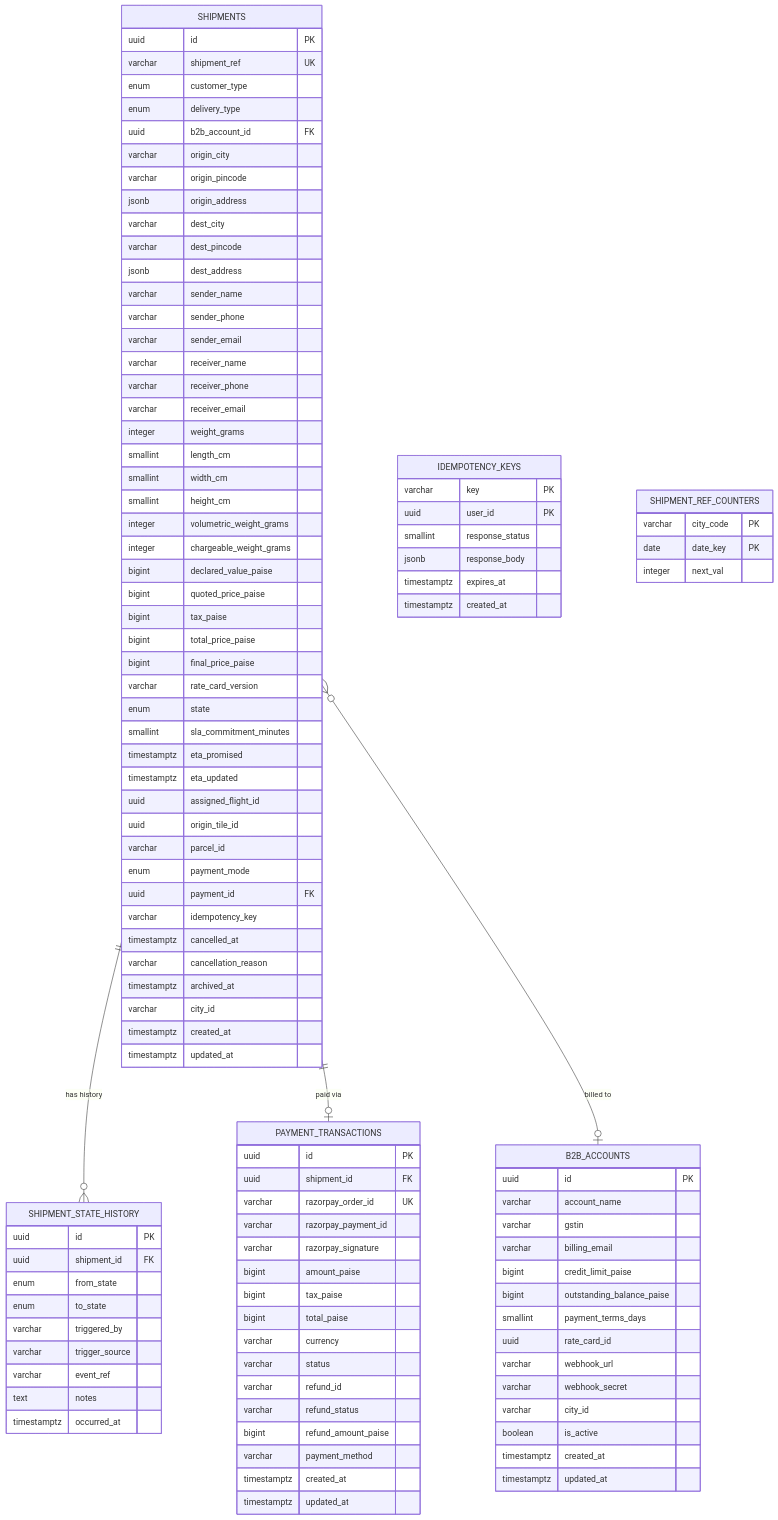
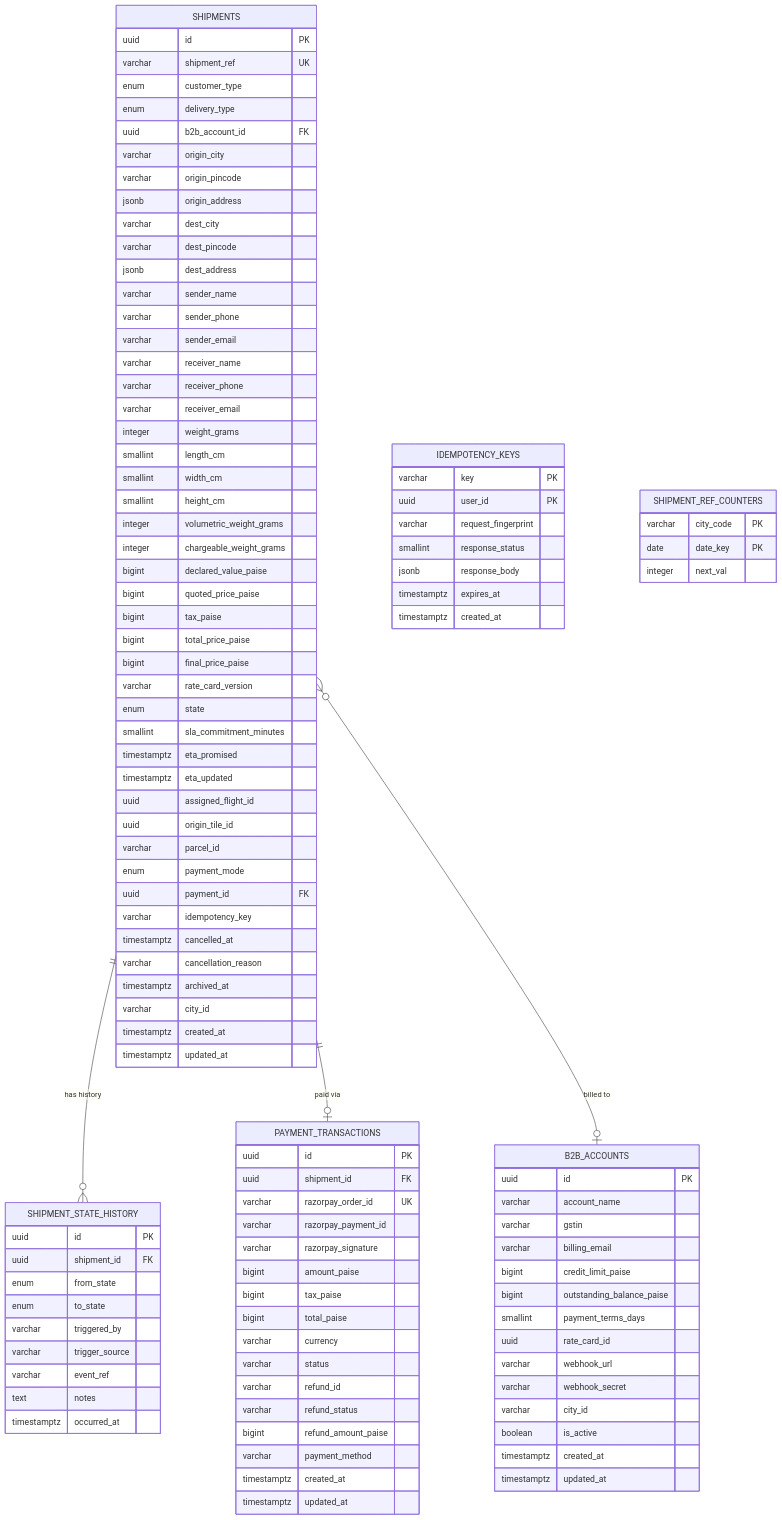
One commit to Sidarthapati/one_day_delivery changed the diagram in docs/design/M4/M4-ER-DIAGRAM.md. Above: the diagram before and after it, drawn with Mermaid. The commit also changed 2 other files, not shown here.

```diff
--- a/docs/design/M4/M4-ER-DIAGRAM.md
+++ b/docs/design/M4/M4-ER-DIAGRAM.md
@@ -104,6 +104,7 @@
     IDEMPOTENCY_KEYS {
         varchar key PK
         uuid user_id PK
+        varchar request_fingerprint
         smallint response_status
         jsonb response_body
         timestamptz expires_at
```
